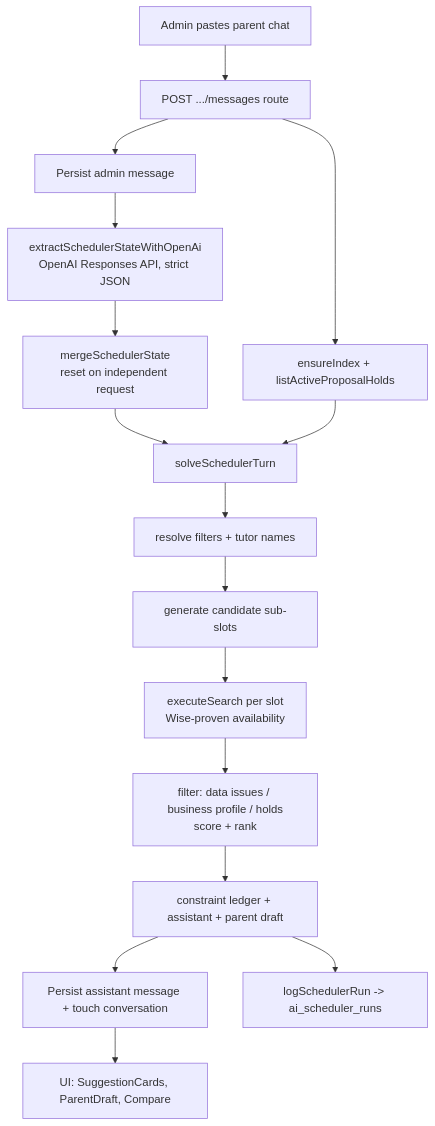
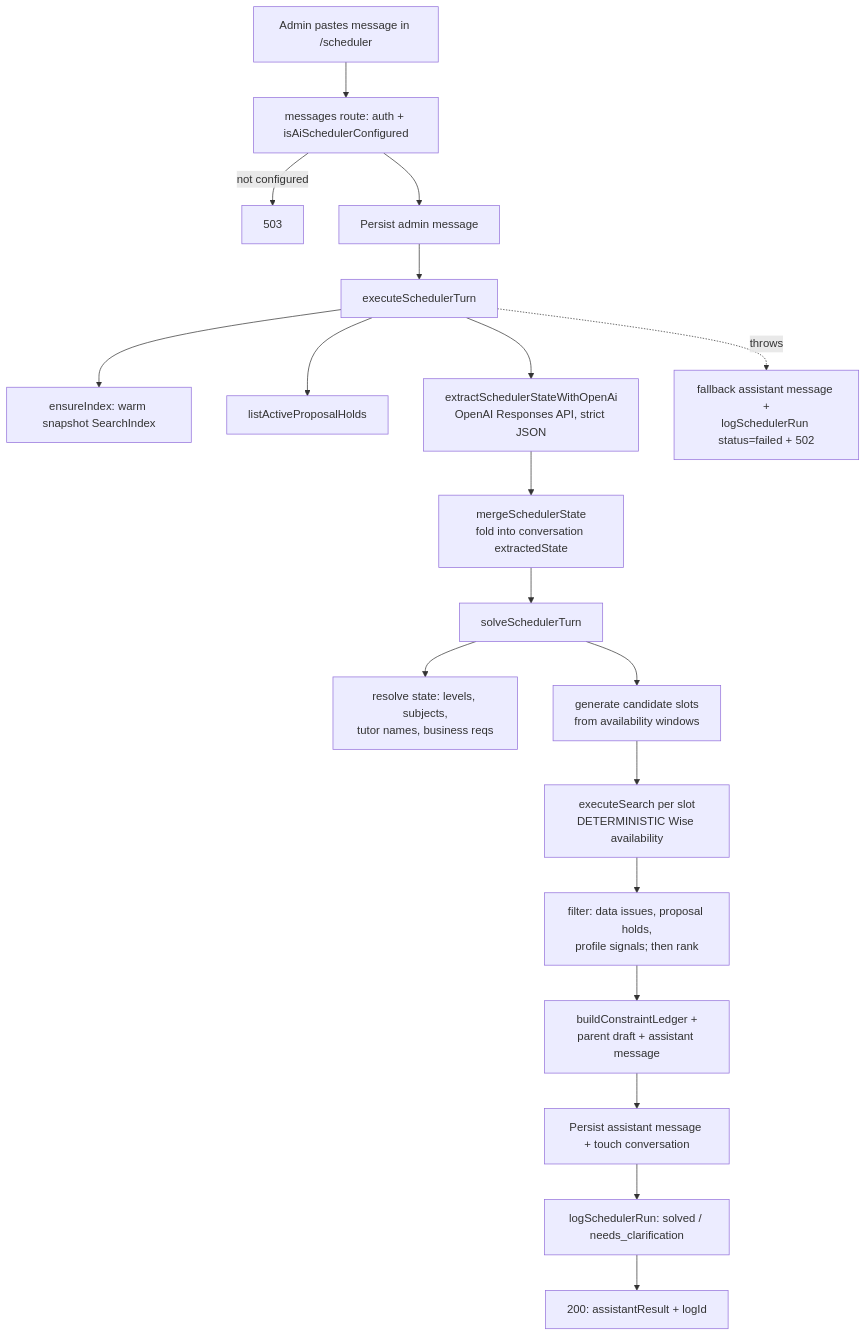
One commit to kasheesh711/bgscheduler changed the diagram in docs/features/ai-scheduler.md. Above: the diagram before and after it, drawn with Mermaid. The commit also changed other lines of this file and 63 other files, not shown here.

````diff
--- a/docs/features/ai-scheduler.md
+++ b/docs/features/ai-scheduler.md
@@ -68,18 +57,21 @@
 ```mermaid
 flowchart TD
-  A[Admin pastes parent chat] --> B[POST .../messages route]
-  B --> C[Persist admin message]
-  B --> D[ensureIndex + listActiveProposalHolds]
-  C --> E[extractSchedulerStateWithOpenAi\nOpenAI Responses API, strict JSON]
-  E --> F[mergeSchedulerState\nreset on independent request]
-  F --> G[solveSchedulerTurn]
-  D --> G
-  G --> H[resolve filters + tutor names]
-  H --> I[generate candidate sub-slots]
-  I --> J[executeSearch per slot\nWise-proven availability]
-  J --> K[filter: data issues / business profile / holds\nscore + rank]
-  K --> L[constraint ledger + assistant + parent draft]
-  L --> M[Persist assistant message + touch conversation]
-  L --> N[logSchedulerRun -> ai_scheduler_runs]
-  M --> O[UI: SuggestionCards, ParentDraft, Compare]
+    A[Admin pastes message in /scheduler] --> B[messages route: auth + isAiSchedulerConfigured]
+    B -->|not configured| B0[503]
+    B --> C[Persist admin message]
+    C --> D[executeSchedulerTurn]
+    D --> E[ensureIndex: warm snapshot SearchIndex]
+    D --> F[listActiveProposalHolds]
+    D --> G[extractSchedulerStateWithOpenAi<br/>OpenAI Responses API, strict JSON]
+    G --> H[mergeSchedulerState<br/>fold into conversation extractedState]
+    H --> I[solveSchedulerTurn]
+    I --> J[resolve state: levels, subjects,<br/>tutor names, business reqs]
+    I --> K[generate candidate slots<br/>from availability windows]
+    K --> L[executeSearch per slot<br/>DETERMINISTIC Wise availability]
+    L --> M[filter: data issues, proposal holds,<br/>profile signals; then rank]
+    M --> N[buildConstraintLedger +<br/>parent draft + assistant message]
+    N --> O[Persist assistant message + touch conversation]
+    O --> P[logSchedulerRun: solved / needs_clarification]
+    P --> Q[200: assistantResult + logId]
+    D -.->|throws| R[fallback assistant message +<br/>logSchedulerRun status=failed + 502]
 ```
````
